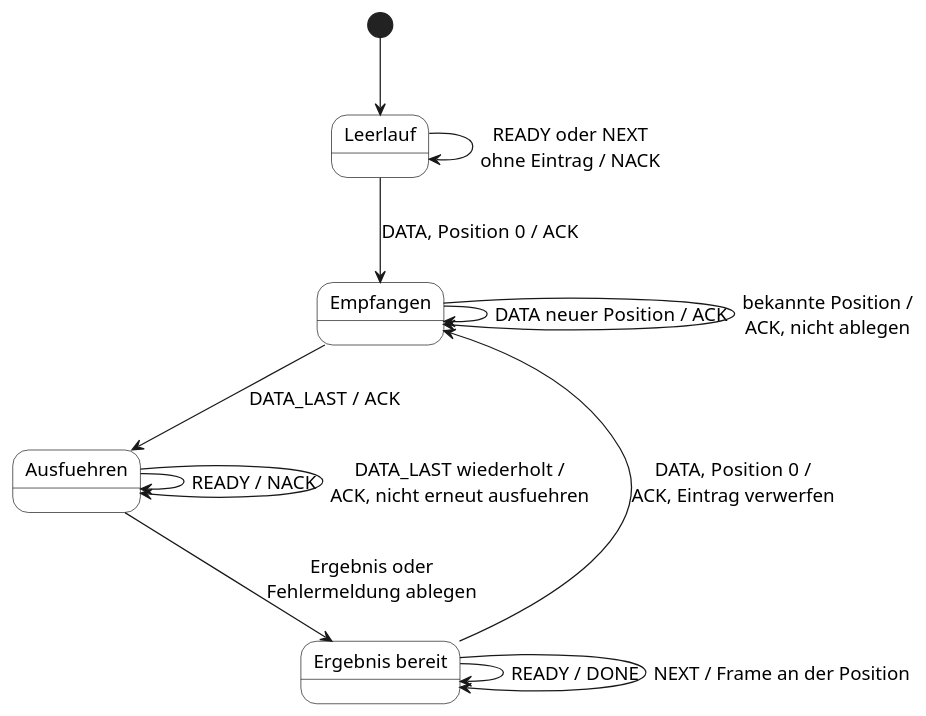
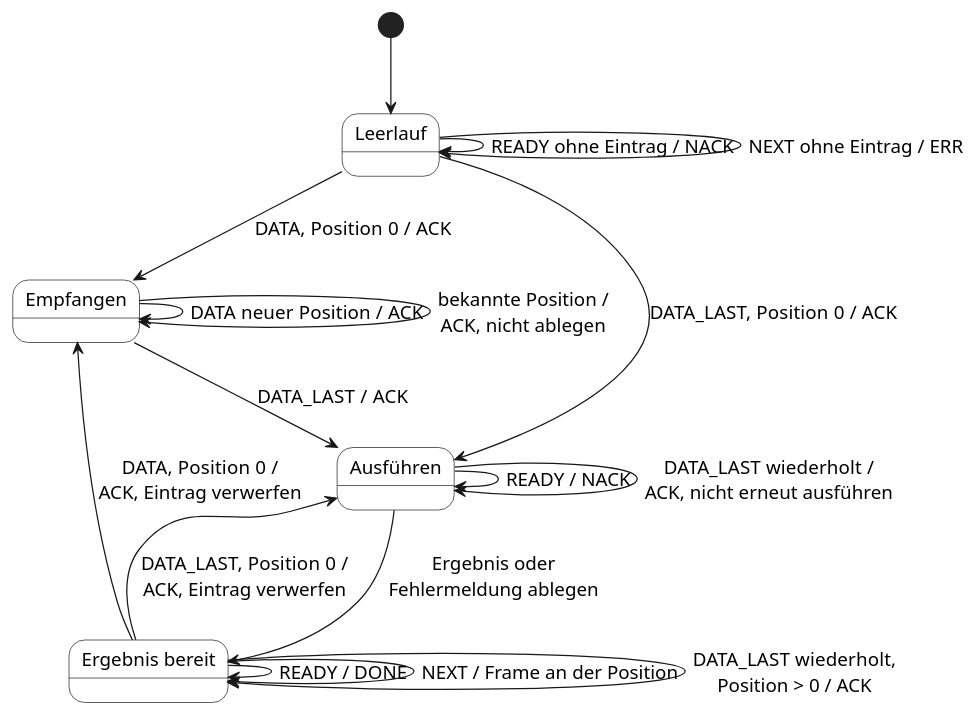
One commit to K1ngGrim/master-pa-legolab changed the diagram in thesis/figures/puml/automat_server.puml. Above: the diagram before and after it, drawn with PlantUML. The commit also changed 3 other files, not shown here.

```diff
--- a/thesis/figures/puml/automat_server.puml
+++ b/thesis/figures/puml/automat_server.puml
@@ -1,29 +1,33 @@
 @startuml automat_server
 ' Zustaende eines Aufrufs auf dem Server, je Nachrichtenkennung.
 skinparam backgroundColor transparent
 skinparam shadowing false
 skinparam defaultFontName "Helvetica"
 skinparam defaultFontSize 15
 skinparam state {
   BackgroundColor white
   BorderColor black
 }
 
 state "Leerlauf" as L
 state "Empfangen" as E
-state "Ausfuehren" as A
+state "Ausführen" as A
 state "Ergebnis bereit" as R
 
 [*] --> L
-L --> L : READY oder NEXT\nohne Eintrag / NACK
+L --> L : READY ohne Eintrag / NACK
+L --> L : NEXT ohne Eintrag / ERR
 L --> E : DATA, Position 0 / ACK
+L --> A : DATA_LAST, Position 0 / ACK
 E --> E : DATA neuer Position / ACK
 E --> E : bekannte Position /\nACK, nicht ablegen
 E --> A : DATA_LAST / ACK
 A --> A : READY / NACK
-A --> A : DATA_LAST wiederholt /\nACK, nicht erneut ausfuehren
+A --> A : DATA_LAST wiederholt /\nACK, nicht erneut ausführen
 A --> R : Ergebnis oder\nFehlermeldung ablegen
 R --> R : READY / DONE
 R --> R : NEXT / Frame an der Position
+R --> R : DATA_LAST wiederholt,\nPosition > 0 / ACK
 R --> E : DATA, Position 0 /\nACK, Eintrag verwerfen
+R --> A : DATA_LAST, Position 0 /\nACK, Eintrag verwerfen
 @enduml
```
